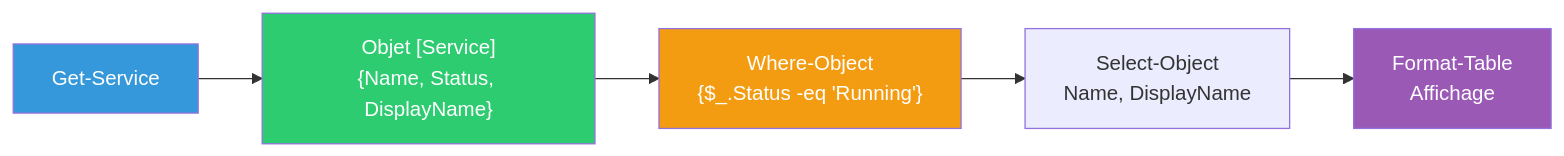
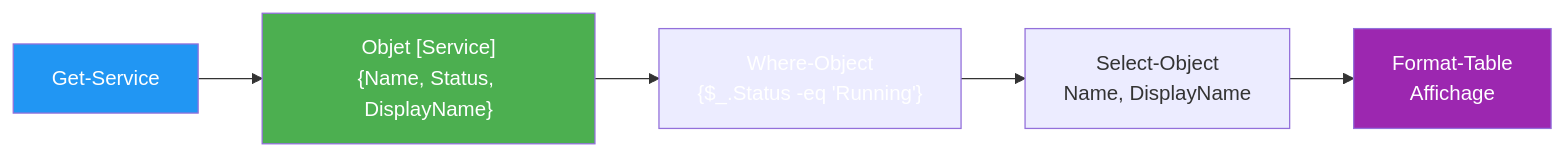
One commit to VBlackJack/ShellBook changed the sixth of 9 diagrams in docs/windows/windows-mindmaps.md. Above: the diagram before and after it, drawn with Mermaid. The commit also changed other lines of this file and 337 other files, not shown here.

First line of the commit message:
refactor(docs): Standardize code blocks and Mermaid colors

````diff
--- a/docs/windows/windows-mindmaps.md
+++ b/docs/windows/windows-mindmaps.md
@@ -210,12 +210,12 @@
 ```mermaid
 flowchart LR
     A["Get-Service"] --> B["Objet [Service]<br/>{Name, Status, DisplayName}"]
     B --> C["Where-Object<br/>{$_.Status -eq 'Running'}"]
     C --> D["Select-Object<br/>Name, DisplayName"]
     D --> E["Format-Table<br/>Affichage"]
 
-    style A fill:#3498db,color:#fff
-    style B fill:#2ecc71,color:#fff
-    style C fill:#f39c12,color:#fff
-    style E fill:#9b59b6,color:#fff
+    style A fill:#2196F3,color:#fff
+    style B fill:#4CAF50,color:#fff
+    style C fill:#FF9800800800,color:#fff
+    style E fill:#9C27B0,color:#fff
 ```
````
